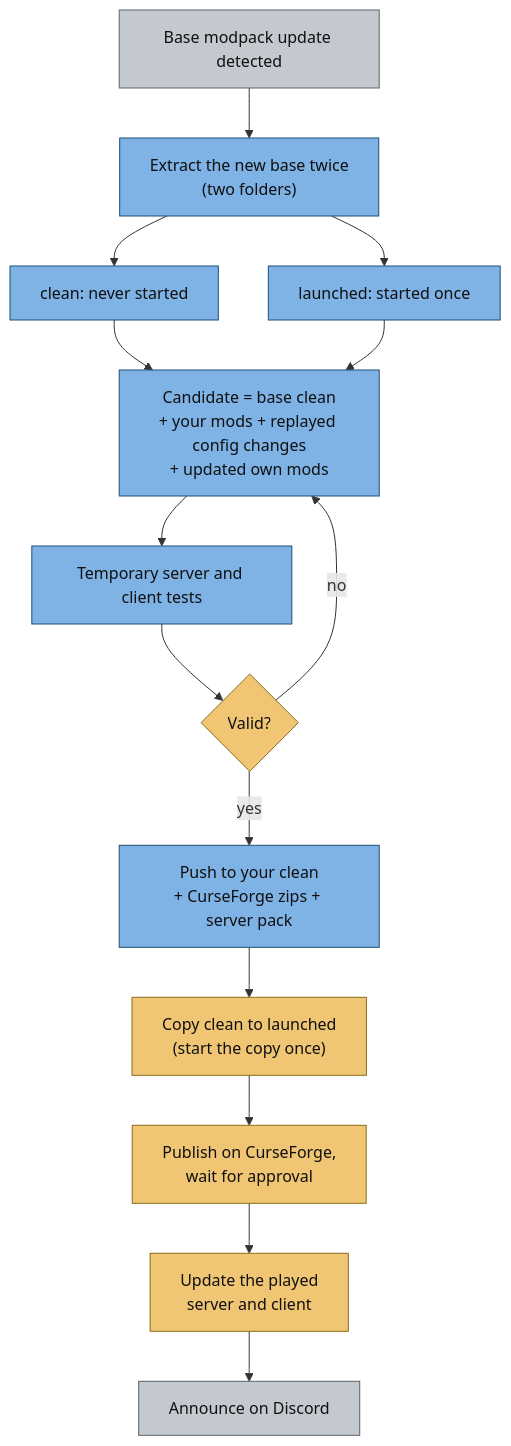
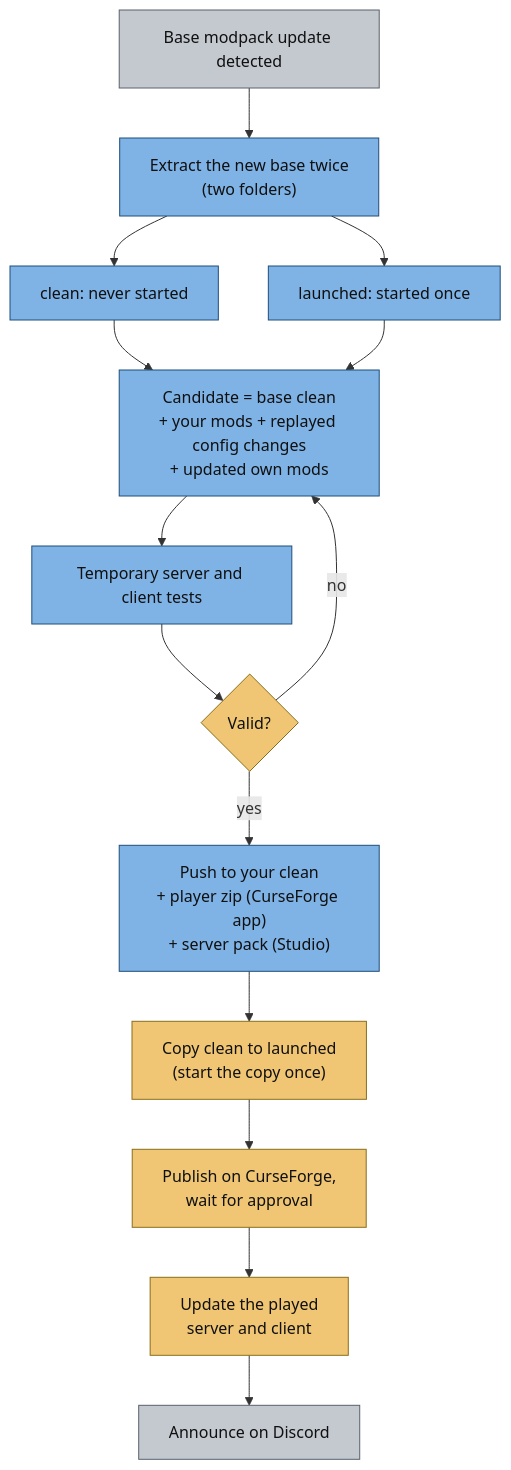
The diagram in docs/release-cycle.md (YannD-Delta/modpack-studio), drawn with Mermaid before and after one commit. The commit also changed other lines of this file and 1 other file, not shown here.

Commit message:
docs: the player zip comes from the CurseForge app; Studio only builds the server pack

````diff
--- a/docs/release-cycle.md
+++ b/docs/release-cycle.md
@@ -11,22 +11,22 @@
 ```mermaid
 flowchart TD
   A["Base modpack update detected"] --> B["Extract the new base twice<br/>(two folders)"]
   B --> C["clean: never started"]
   B --> D["launched: started once"]
   C --> E["Candidate = base clean<br/>+ your mods + replayed config changes<br/>+ updated own mods"]
   D --> E
   E --> F["Temporary server and client tests"]
   F --> G{"Valid?"}
   G -- no --> E
-  G -- yes --> H["Push to your clean<br/>+ CurseForge zips + server pack"]
+  G -- yes --> H["Push to your clean<br/>+ player zip (CurseForge app)<br/>+ server pack (Studio)"]
   H --> I["Copy clean to launched<br/>(start the copy once)"]
   I --> J["Publish on CurseForge,<br/>wait for approval"]
   J --> K["Update the played<br/>server and client"]
   K --> L["Announce on Discord"]
   classDef done fill:#7fb3e6,stroke:#1f4e79,color:#101010
   classDef manual fill:#f0c674,stroke:#8a6d1a,color:#101010
   classDef planned fill:#c4c9d0,stroke:#5a616b,color:#101010
   class B,C,D,E,F,H done
   class G,I,J,K manual
   class A,L planned
 ```
````
